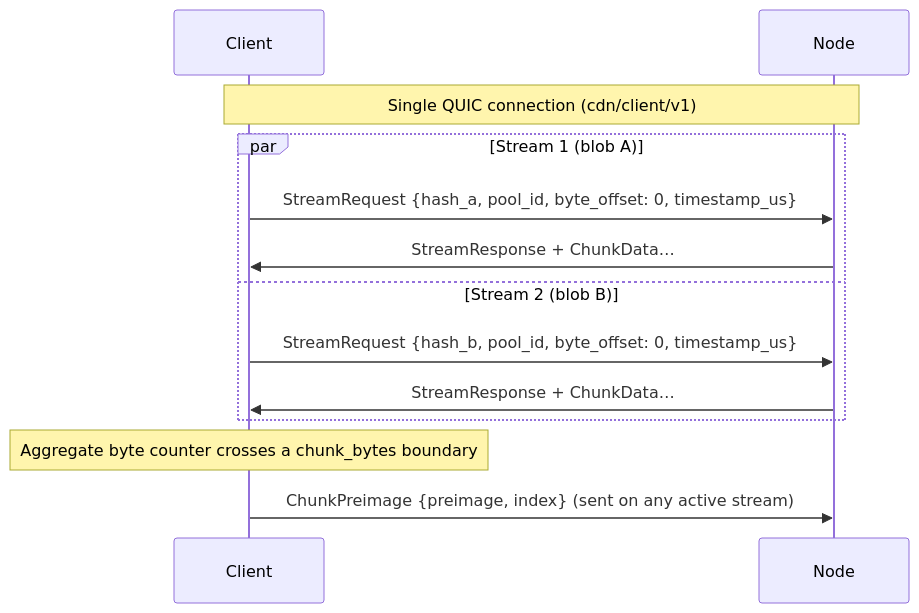
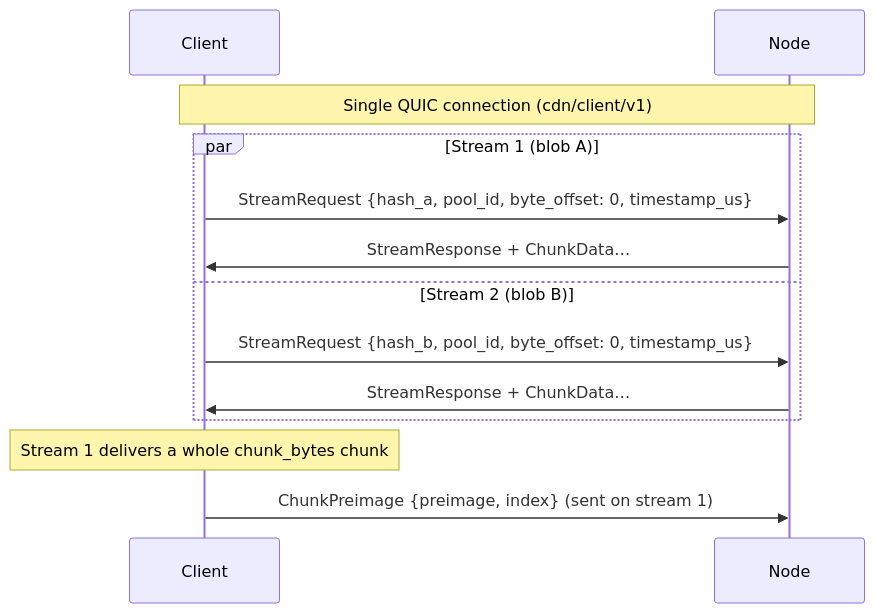
Before and after one commit to decdn/decdn: the third of 3 diagrams in adr/005-protocol.md, drawn with Mermaid. The commit also changed other lines of this file and 12 other files, not shown here.

````diff
--- a/adr/005-protocol.md
+++ b/adr/005-protocol.md
@@ -236,18 +236,18 @@
 ```mermaid
 sequenceDiagram
     participant C as Client
     participant N as Node
 
     Note over C,N: Single QUIC connection (cdn/client/v1)
 
     par Stream 1 (blob A)
         C->>N: StreamRequest {hash_a, pool_id, byte_offset: 0, timestamp_us}
         N->>C: StreamResponse + ChunkData…
     and Stream 2 (blob B)
         C->>N: StreamRequest {hash_b, pool_id, byte_offset: 0, timestamp_us}
         N->>C: StreamResponse + ChunkData…
     end
 
-    Note over C: Aggregate byte counter crosses a chunk_bytes boundary
-    C->>N: ChunkPreimage {preimage, index} (sent on any active stream)
+    Note over C: Stream 1 delivers a whole chunk_bytes chunk
+    C->>N: ChunkPreimage {preimage, index} (sent on stream 1)
 ```
````
